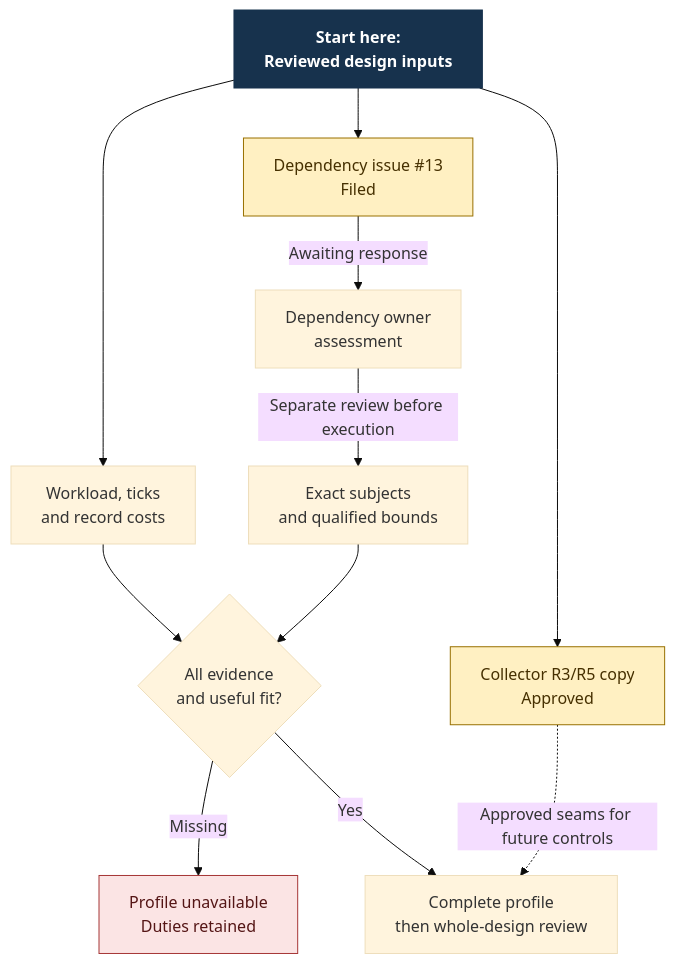
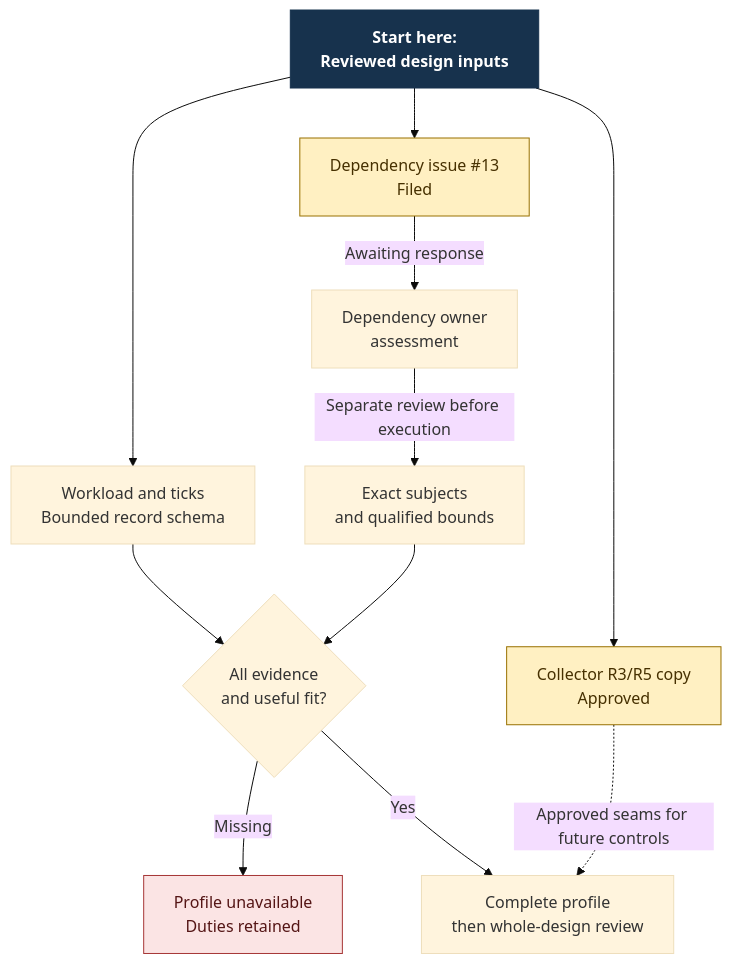
Before and after one commit to Linkuistics/Koine: the diagram in docs/design/architecture/settings-activation/keepalive-completion.mmd, drawn with Mermaid (base theme). The commit also changed 16 other files, not shown here.

Commit message:
settings-keepalive-record-recovery-k118: specify bounded records and collection recovery

```diff
--- a/docs/design/architecture/settings-activation/keepalive-completion.mmd
+++ b/docs/design/architecture/settings-activation/keepalive-completion.mmd
@@ -1,23 +1,23 @@
 flowchart TD
     start["Start here:<br/>Reviewed design inputs"]:::start
-    worksheet["Workload, ticks<br/>and record costs"]
+    worksheet["Workload and ticks<br/>Bounded record schema"]
     issue["Dependency issue #13<br/>Filed"]:::decided
     seam["Collector R3/R5 copy<br/>Approved"]:::decided
     external["Dependency owner<br/>assessment"]
     bounds["Exact subjects<br/>and qualified bounds"]
     evidence{"All evidence<br/>and useful fit?"}
     hold["Profile unavailable<br/>Duties retained"]:::hold
     review["Complete profile<br/>then whole-design review"]
     start --> worksheet
     start --> issue
     start --> seam
     issue -->|Awaiting response| external
     external -->|Separate review before execution| bounds
     worksheet --> evidence
     bounds --> evidence
     evidence -->|Missing| hold
     evidence -->|Yes| review
     seam -.->|Approved seams for future controls| review
     classDef start fill:#17324d,color:#fff,font-weight:bold,stroke:#17324d
     classDef decided fill:#fff0c2,color:#463000,stroke:#987000
     classDef hold fill:#fbe4e4,color:#541515,stroke:#a63636
```
